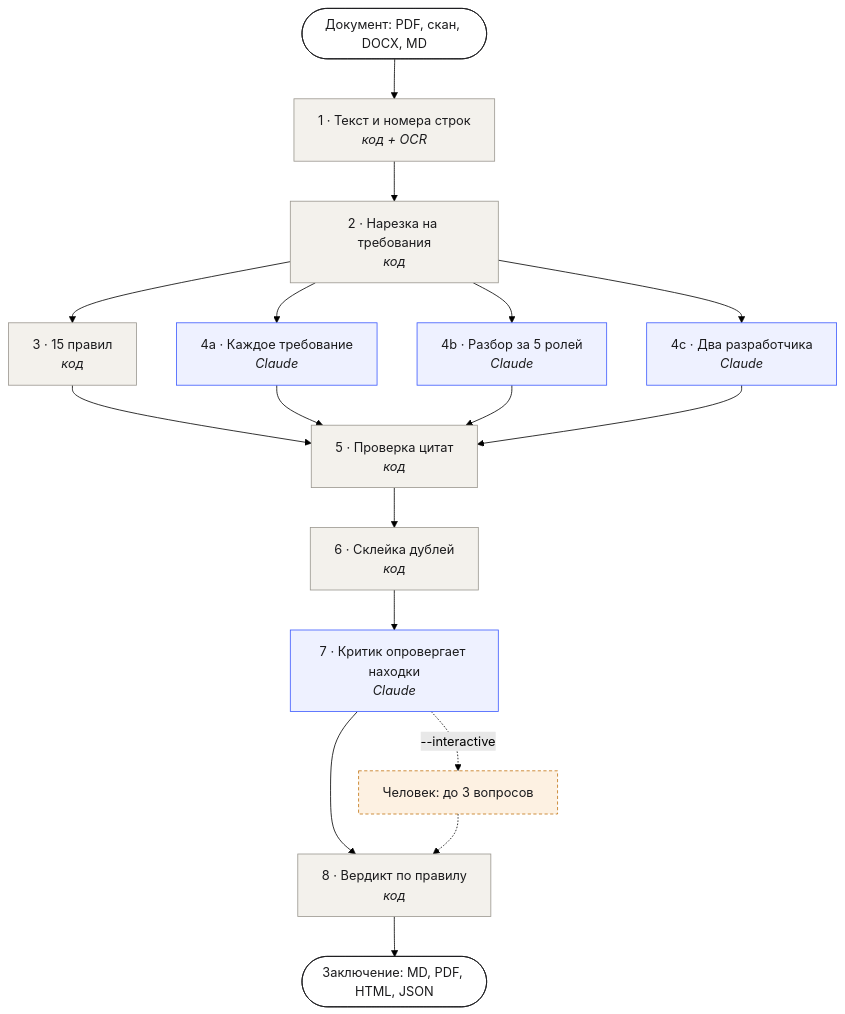
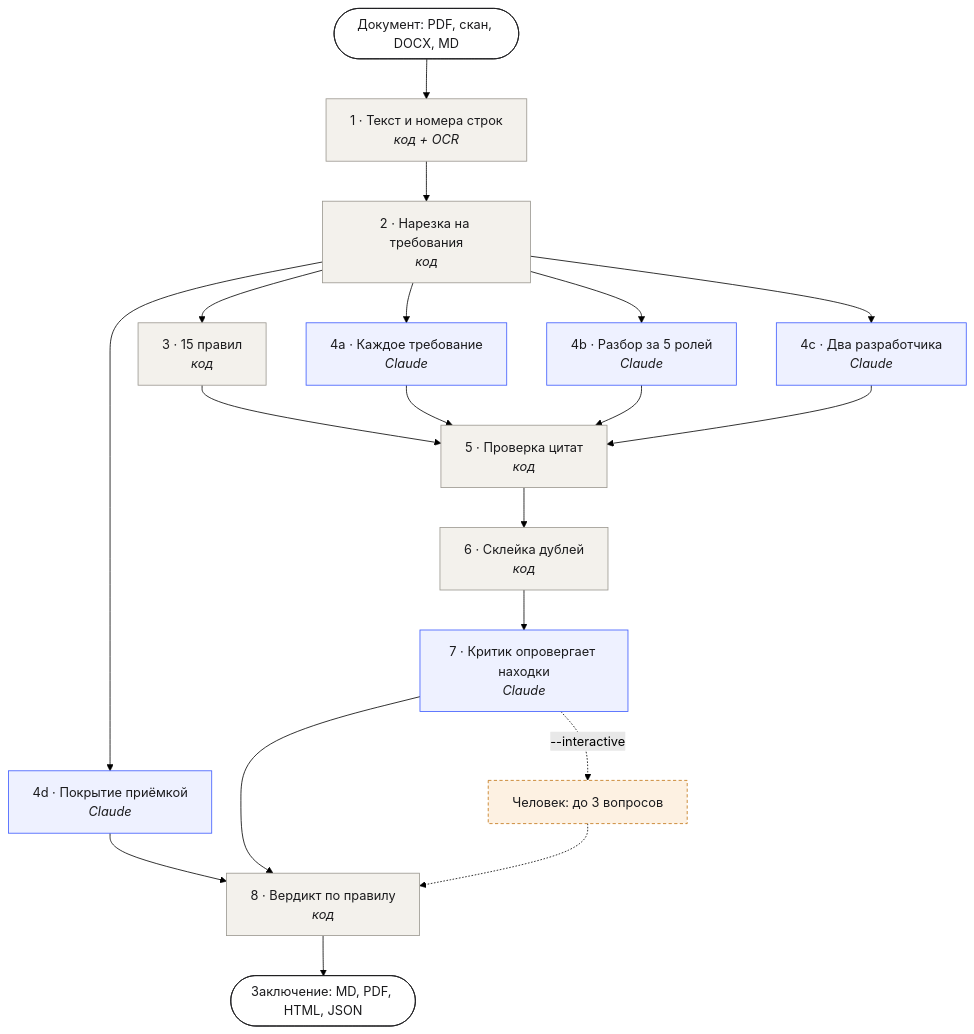
The diagram in README.md (Aldibek/AI_agent_hack), drawn with Mermaid (forest theme) before and after one commit. The commit also changed other lines of this file and 9 other files, not shown here.

````diff
--- a/README.md
+++ b/README.md
@@ -23,27 +25,29 @@
 ```mermaid
 flowchart TD
     IN([Документ: PDF, скан, DOCX, MD]) --> ING[1 · Текст и номера строк<br/><i>код + OCR</i>]
     ING --> SEG[2 · Нарезка на требования<br/><i>код</i>]
     SEG --> RUL[3 · 15 правил<br/><i>код</i>]
     SEG --> P1[4a · Каждое требование<br/><i>Claude</i>]
     SEG --> P2[4b · Разбор за 5 ролей<br/><i>Claude</i>]
     SEG --> P3[4c · Два разработчика<br/><i>Claude</i>]
+    SEG --> AC[4d · Покрытие приёмкой<br/><i>Claude</i>]
     RUL --> GR[5 · Проверка цитат<br/><i>код</i>]
     P1 --> GR
     P2 --> GR
     P3 --> GR
+    AC --> VER
     GR --> MRG[6 · Склейка дублей<br/><i>код</i>]
     MRG --> CR[7 · Критик опровергает находки<br/><i>Claude</i>]
     CR --> VER[8 · Вердикт по правилу<br/><i>код</i>]
     VER --> OUT([Заключение: MD, PDF, HTML, JSON])
     CR -. --interactive .-> HUM[Человек: до 3 вопросов]
     HUM -.-> VER
     classDef llm fill:#eef1ff,stroke:#3d5afe,color:#1b1b1d
     classDef code fill:#f3f1ec,stroke:#9a978f,color:#1b1b1d
     classDef io fill:#ffffff,stroke:#1b1b1d,color:#1b1b1d
     classDef human fill:#fdf1e2,stroke:#c27412,color:#1b1b1d,stroke-dasharray:4 3
-    class P1,P2,P3,CR llm
+    class P1,P2,P3,AC,CR llm
     class ING,SEG,RUL,GR,MRG,VER code
     class IN,OUT io
     class HUM human
 ```
````
